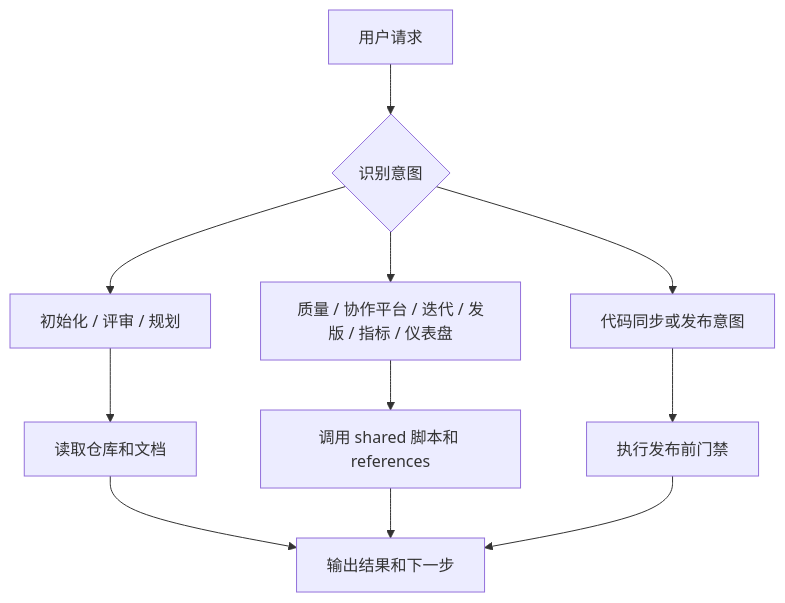
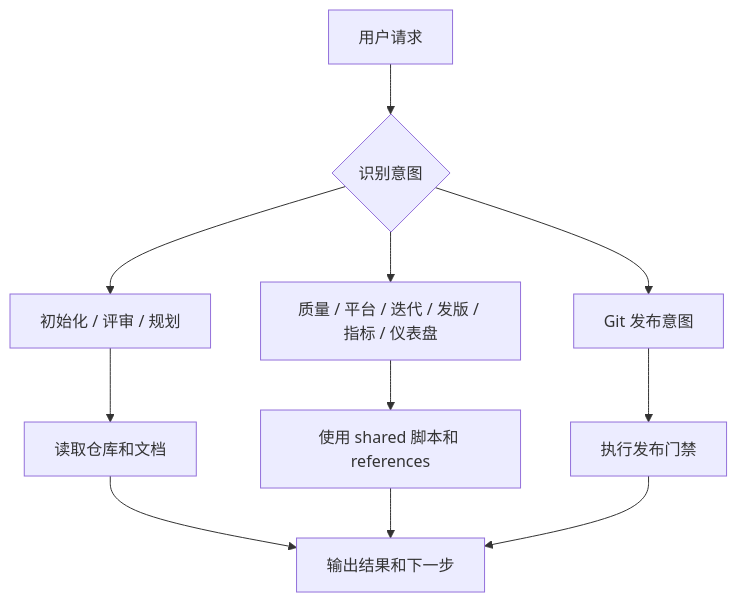
Before and after one commit to siyrs/dev-baseline: the first of 4 diagrams in README_CN.md, drawn with Mermaid. The commit also changed other lines of this file, not shown here.

Commit message:
docs: update Chinese task flow for custom agents

````diff
--- a/README_CN.md
+++ b/README_CN.md
@@ -37,13 +31,13 @@
 ```mermaid
 flowchart TD
   A[用户请求] --> B{识别意图}
   B --> C[初始化 / 评审 / 规划]
-  B --> D[质量 / 协作平台 / 迭代 / 发版 / 指标 / 仪表盘]
-  B --> E[代码同步或发布意图]
+  B --> D[质量 / 平台 / 迭代 / 发版 / 指标 / 仪表盘]
+  B --> E[Git 发布意图]
   C --> F[读取仓库和文档]
-  D --> G[调用 shared 脚本和 references]
-  E --> H[执行发布前门禁]
+  D --> G[使用 shared 脚本和 references]
+  E --> H[执行发布门禁]
   F --> I[输出结果和下一步]
   G --> I
   H --> I
 ```
````
